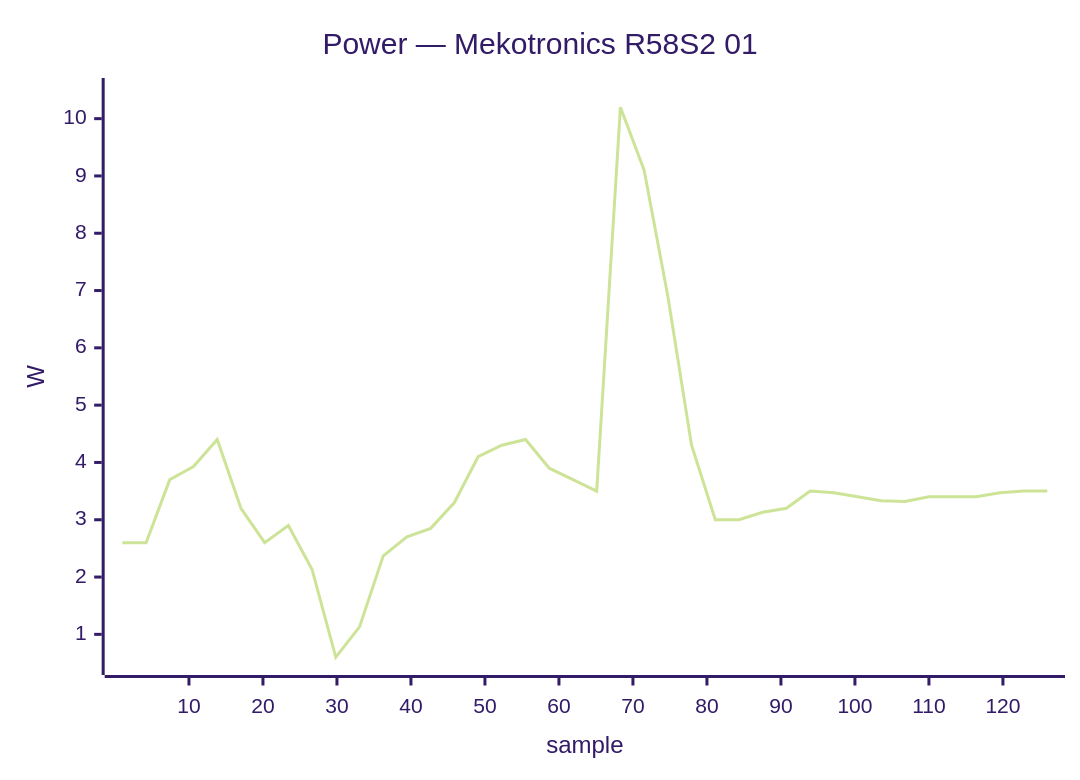
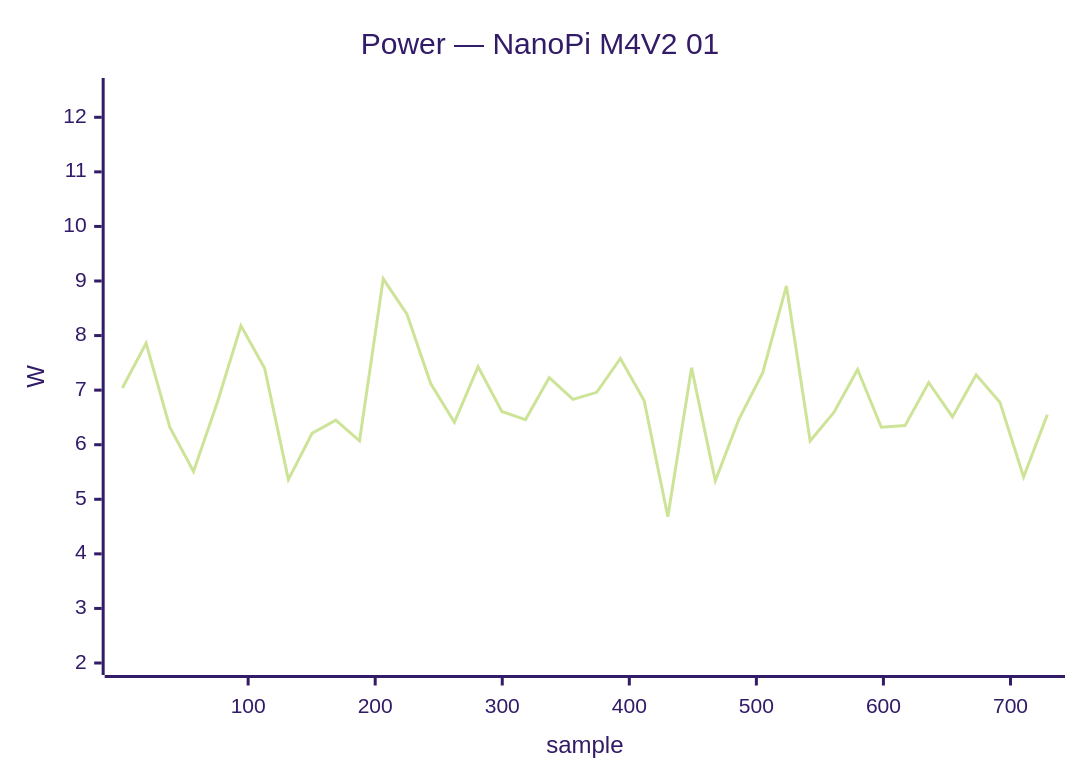
Diagram 16 of 34 in docs/status/board-tests.md (armbian/documentation), drawn with Mermaid (forest theme) before and after one commit. The commit also changed other lines of this file, not shown here.

````diff
--- a/docs/status/board-tests.md
+++ b/docs/status/board-tests.md
@@ -818,7 +902,7 @@
 ```mermaid
 xychart-beta
-    title "Power — Mekotronics R58S2 01"
-    x-axis "sample" 1 --> 126
-    y-axis "W" 0.5 --> 10.5
-    line [2.60, 2.60, 3.70, 3.93, 4.40, 3.20, 2.60, 2.90, 2.13, 0.60, 1.13, 2.37, 2.70, 2.85, 3.30, 4.10, 4.30, 4.40, 3.90, 3.70, 3.50, 10.20, 9.10, 6.90, 4.30, 3.00, 3.00, 3.13, 3.20, 3.50, 3.47, 3.40, 3.33, 3.32, 3.40, 3.40, 3.40, 3.47, 3.50, 3.50]
+    title "Power — NanoPi M4V2 01"
+    x-axis "sample" 1 --> 729
+    y-axis "W" 2.0 --> 12.5
+    line [7.04, 7.86, 6.32, 5.51, 6.77, 8.18, 7.40, 5.36, 6.21, 6.45, 6.07, 9.04, 8.39, 7.12, 6.41, 7.43, 6.61, 6.46, 7.23, 6.83, 6.96, 7.58, 6.81, 4.68, 7.41, 5.34, 6.47, 7.32, 8.91, 6.07, 6.59, 7.38, 6.32, 6.35, 7.14, 6.51, 7.28, 6.78, 5.41, 6.55]
 ```
````
